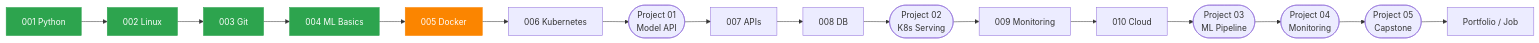
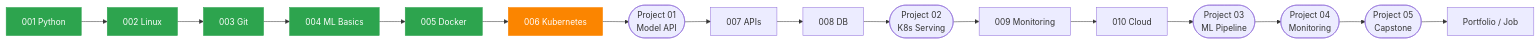
The diagram in README.md (16FW/ai-infra-learning-log), drawn with Mermaid before and after one commit. The commit also changed other lines of this file, not shown here.

````diff
--- a/README.md
+++ b/README.md
@@ -75,11 +75,11 @@
 ```mermaid
 flowchart LR
-    M1[001 Python]:::done --> M2[002 Linux]:::done --> M3[003 Git]:::done --> M4[004 ML Basics]:::done --> M5[005 Docker]:::now --> M6[006 Kubernetes]
+    M1[001 Python]:::done --> M2[002 Linux]:::done --> M3[003 Git]:::done --> M4[004 ML Basics]:::done --> M5[005 Docker]:::done --> M6[006 Kubernetes]:::now
     M6 --> P1([Project 01<br/>Model API])
     P1 --> M7[007 APIs] --> M8[008 DB] --> P2([Project 02<br/>K8s Serving])
     P2 --> M9[009 Monitoring] --> M10[010 Cloud] --> P3([Project 03<br/>ML Pipeline])
     P3 --> P4([Project 04<br/>Monitoring]) --> P5([Project 05<br/>Capstone]) --> J[Portfolio / Job]
 
     classDef done fill:#2da44e,color:#fff,stroke:#2da44e
     classDef now fill:#fb8500,color:#fff,stroke:#fb8500
 ```
````
